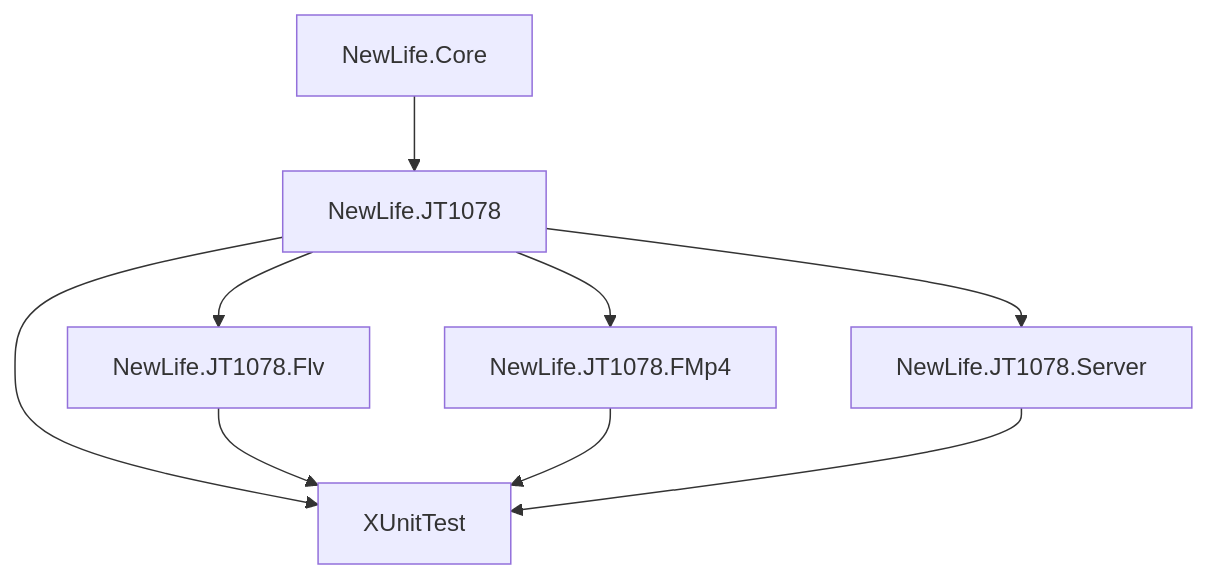
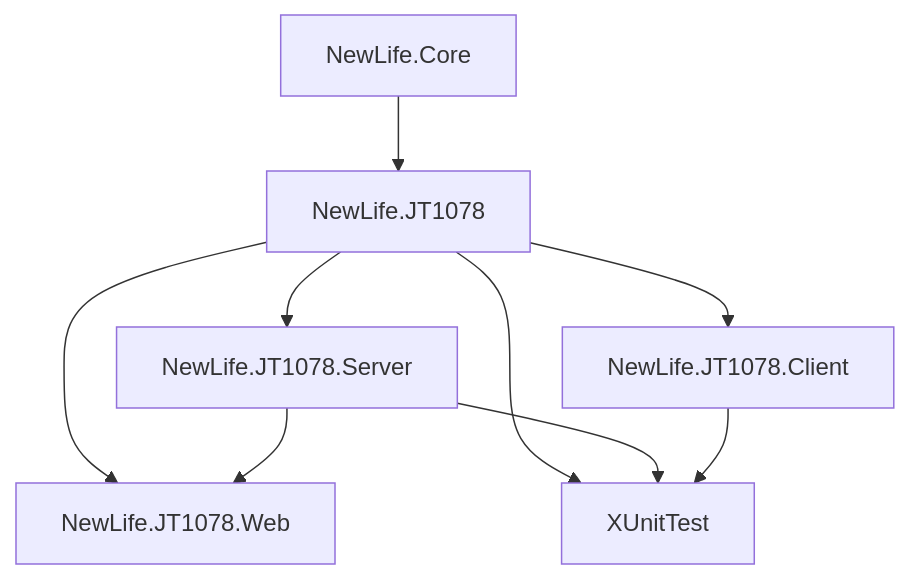
The diagram in Doc/架构设计.md (NewLifeX/NewLife.JT1078), drawn with Mermaid before and after one commit. The commit also changed other lines of this file and 14 other files, not shown here.

````diff
--- a/Doc/架构设计.md
+++ b/Doc/架构设计.md
@@ -240,11 +368,11 @@
 ```mermaid
 graph TD
     NC[NewLife.Core] --> JT[NewLife.JT1078]
-    JT --> FLV[NewLife.JT1078.Flv]
-    JT --> FMP4[NewLife.JT1078.FMp4]
     JT --> SRV[NewLife.JT1078.Server]
+    JT --> WEB[NewLife.JT1078.Web]
+    JT --> CLI[NewLife.JT1078.Client]
     JT --> TEST[XUnitTest]
-    FLV --> TEST
-    FMP4 --> TEST
+    SRV --> WEB
     SRV --> TEST
+    CLI --> TEST
 ```
````
